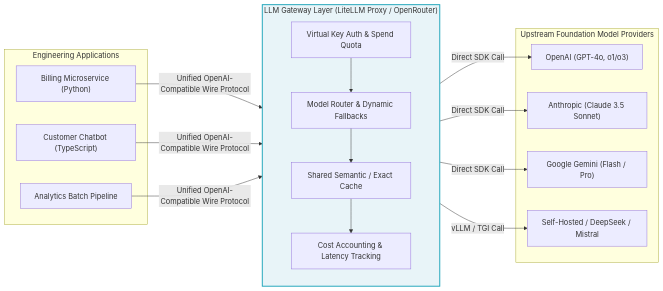
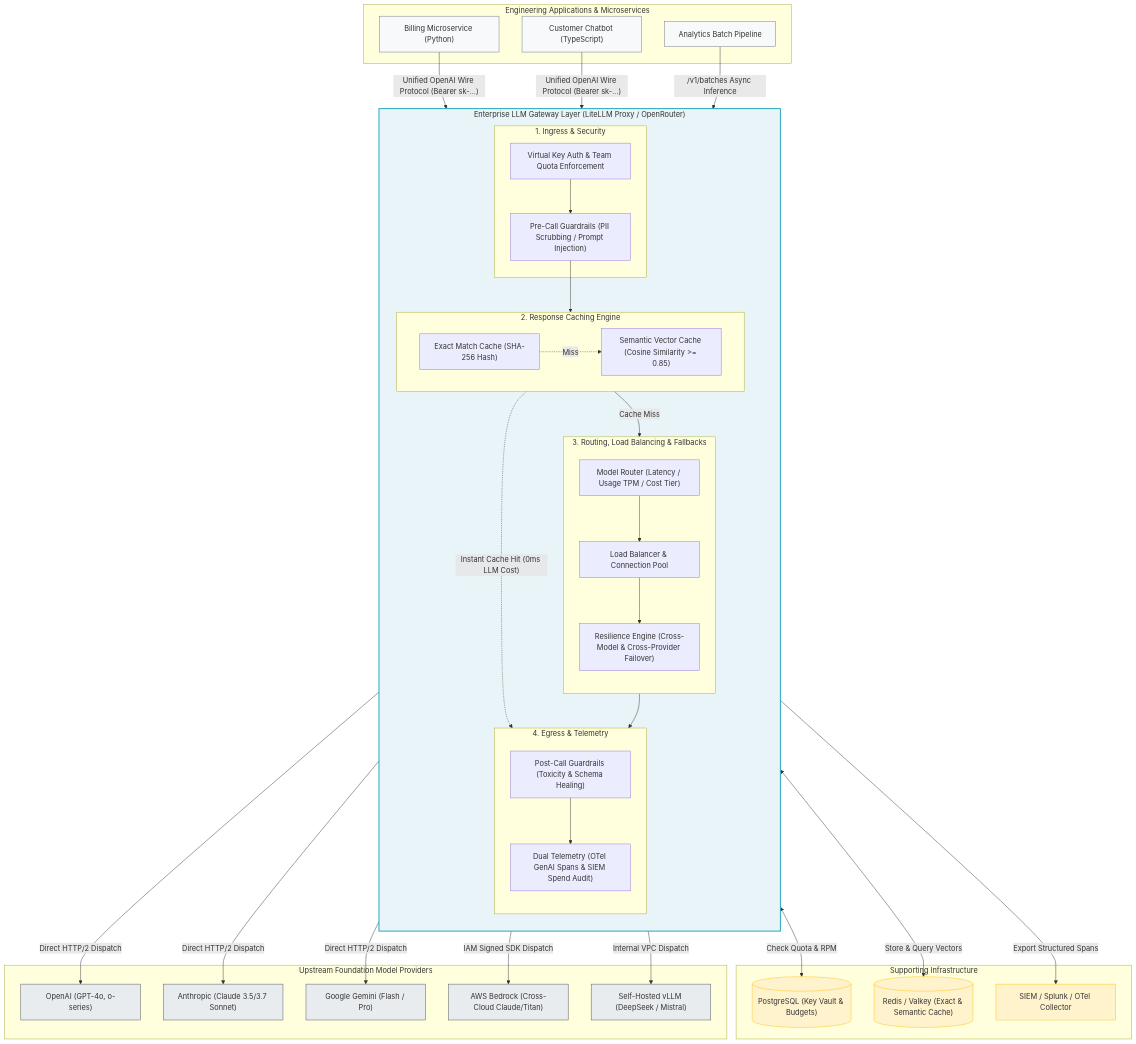
One commit to pnas/eai-app-development changed the diagram in diagrams/gateway_architecture.mmd. Above: the diagram before and after it, drawn with Mermaid. The commit also changed 197 other files, not shown here.

````diff
--- a/diagrams/gateway_architecture.mmd
+++ b/diagrams/gateway_architecture.mmd
@@ -1,39 +1,86 @@
-```mermaid
-flowchart LR
-    subgraph Clients ["Engineering Applications"]
+flowchart TB
+    subgraph Clients ["Engineering Applications & Microservices"]
         App1["Billing Microservice (Python)"]
         App2["Customer Chatbot (TypeScript)"]
         App3["Analytics Batch Pipeline"]
     end
 
-    subgraph Gateway ["LLM Gateway Layer (LiteLLM Proxy / OpenRouter)"]
+    subgraph Gateway ["Enterprise LLM Gateway Layer (LiteLLM Proxy / OpenRouter)"]
         direction TB
-        Auth["Virtual Key Auth & Spend Quota"]
-        Router["Model Router & Dynamic Fallbacks"]
-        Cache["Shared Semantic / Exact Cache"]
-        Telemetry["Cost Accounting & Latency Tracking"]
         
-        Auth --> Router
-        Router --> Cache
-        Cache --> Telemetry
+        subgraph Ingress ["1. Ingress & Security"]
+            Auth["Virtual Key Auth & Team Quota Enforcement"]
+            PreGuard["Pre-Call Guardrails (PII Scrubbing / Prompt Injection)"]
+            Auth --> PreGuard
+        end
+
+        subgraph Caching ["2. Response Caching Engine"]
+            direction LR
+            ExactCache["Exact Match Cache (SHA-256 Hash)"]
+            SemanticCache["Semantic Vector Cache (Cosine Similarity >= 0.85)"]
+            ExactCache -.->|Miss| SemanticCache
+        end
+
+        subgraph CoreRouting ["3. Routing, Load Balancing & Fallbacks"]
+            direction TB
+            Router["Model Router (Latency / Usage TPM / Cost Tier)"]
+            LB["Load Balancer & Connection Pool"]
+            Fallbacks["Resilience Engine (Cross-Model & Cross-Provider Failover)"]
+            Router --> LB --> Fallbacks
+        end
+
+        subgraph Egress ["4. Egress & Telemetry"]
+            direction TB
+            PostGuard["Post-Call Guardrails (Toxicity & Schema Healing)"]
+            Telemetry["Dual Telemetry (OTel GenAI Spans & SIEM Spend Audit)"]
+            PostGuard --> Telemetry
+        end
+
+        PreGuard --> Caching
+        Caching -->|"Cache Miss"| Router
+        Fallbacks --> PostGuard
+    end
+
+    subgraph Infra ["Supporting Infrastructure"]
+        PG[("PostgreSQL (Key Vault & Budgets)")]
+        Redis[("Redis / Valkey (Exact & Semantic Cache)")]
+        SIEM["SIEM / Splunk / OTel Collector"]
     end
 
     subgraph Providers ["Upstream Foundation Model Providers"]
-        OpenAI["OpenAI (GPT-4o, o1/o3)"]
-        Anthropic["Anthropic (Claude 3.5 Sonnet)"]
+        OpenAI["OpenAI (GPT-4o, o-series)"]
+        Anthropic["Anthropic (Claude 3.5/3.7 Sonnet)"]
         Google["Google Gemini (Flash / Pro)"]
-        OpenSource["Self-Hosted / DeepSeek / Mistral"]
+        Bedrock["AWS Bedrock (Cross-Cloud Claude/Titan)"]
+        OpenSource["Self-Hosted vLLM (DeepSeek / Mistral)"]
     end
 
-    App1 -->|"Unified OpenAI-Compatible Wire Protocol"| Auth
-    App2 -->|"Unified OpenAI-Compatible Wire Protocol"| Auth
-    App3 -->|"Unified OpenAI-Compatible Wire Protocol"| Auth
+    %% Client traffic
+    App1 -->|"Unified OpenAI Wire Protocol (Bearer sk-...)"| Auth
+    App2 -->|"Unified OpenAI Wire Protocol (Bearer sk-...)"| Auth
+    App3 -->|"/v1/batches Async Inference"| Auth
 
-    Telemetry -->|"Direct SDK Call"| OpenAI
-    Telemetry -->|"Direct SDK Call"| Anthropic
-    Telemetry -->|"Direct SDK Call"| Google
-    Telemetry -->|"vLLM / TGI Call"| OpenSource
+    %% Infra connections
+    Auth <-->|"Check Quota & RPM"| PG
+    Caching <-->|"Store & Query Vectors"| Redis
+    Telemetry -->|"Export Structured Spans"| SIEM
+
+    %% Provider dispatch
+    Fallbacks -->|"Direct HTTP/2 Dispatch"| OpenAI
+    Fallbacks -->|"Direct HTTP/2 Dispatch"| Anthropic
+    Fallbacks -->|"Direct HTTP/2 Dispatch"| Google
+    Fallbacks -->|"IAM Signed SDK Dispatch"| Bedrock
+    Fallbacks -->|"Internal VPC Dispatch"| OpenSource
+
+    %% Cache Hit shortcut
+    Caching -.->|"Instant Cache Hit (0ms LLM Cost)"| PostGuard
 
     classDef gw fill:#e8f4f8,stroke:#17a2b8,stroke-width:2px;
+    classDef client fill:#f8f9fa,stroke:#6c757d,stroke-width:1px;
+    classDef prov fill:#e9ecef,stroke:#495057,stroke-width:1px;
+    classDef storage fill:#fff3cd,stroke:#ffc107,stroke-width:1px;
+
     class Gateway gw;
-```
+    class App1,App2,App3 client;
+    class OpenAI,Anthropic,Google,Bedrock,OpenSource prov;
+    class PG,Redis,SIEM storage;
````
